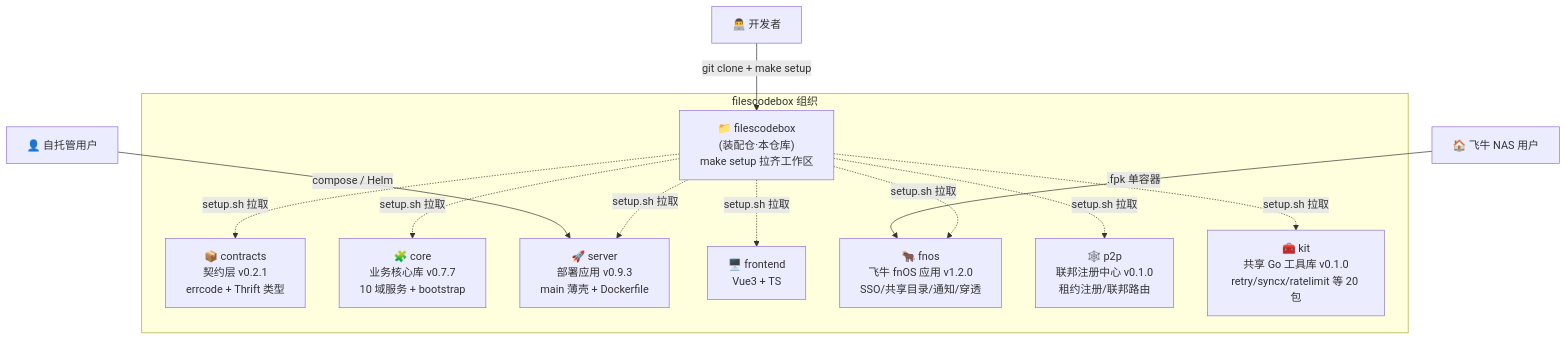
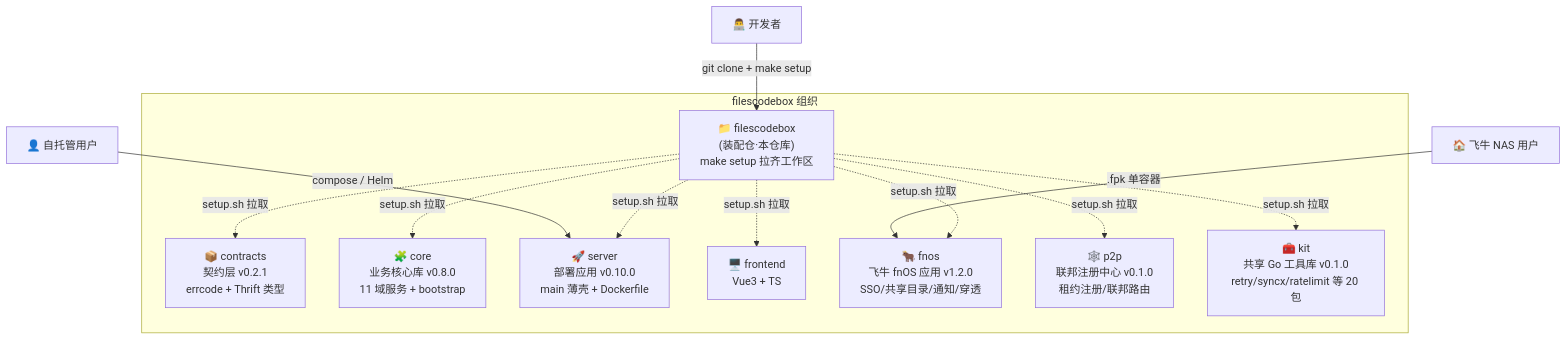
The first of 8 diagrams in docs/architecture.md (filescodebox/FilesCodeBox), drawn with Mermaid before and after one commit. The commit also changed other lines of this file and 8 other files, not shown here.

````diff
--- a/docs/architecture.md
+++ b/docs/architecture.md
@@ -10,19 +10,19 @@
 ```mermaid
 graph TB
     subgraph ORG["filescodebox 组织"]
         UMB["📁 filescodebox<br/>(装配仓·本仓库)<br/>make setup 拉齐工作区"]
         CT["📦 contracts<br/>契约层 v0.2.1<br/>errcode + Thrift 类型"]
-        CORE["🧩 core<br/>业务核心库 v0.7.7<br/>10 域服务 + bootstrap"]
-        SRV["🚀 server<br/>部署应用 v0.9.3<br/>main 薄壳 + Dockerfile"]
+        CORE["🧩 core<br/>业务核心库 v0.8.0<br/>11 域服务 + bootstrap"]
+        SRV["🚀 server<br/>部署应用 v0.10.0<br/>main 薄壳 + Dockerfile"]
         FE["🖥️ frontend<br/>Vue3 + TS"]
         FNOS["🐂 fnos<br/>飞牛 fnOS 应用 v1.2.0<br/>SSO/共享目录/通知/穿透"]
         P2P["🕸️ p2p<br/>联邦注册中心 v0.1.0<br/>租约注册/联邦路由"]
         KIT["🧰 kit<br/>共享 Go 工具库 v0.1.0<br/>retry/syncx/ratelimit 等 20 包"]
     end
 
     USER["👤 自托管用户"] -->|"compose / Helm"| SRV
     NAS["🏠 飞牛 NAS 用户"] -->|".fpk 单容器"| FNOS
     DEV["👨‍💻 开发者"] -->|"git clone + make setup"| UMB
 
     UMB -.->|"setup.sh 拉取"| CT & CORE & SRV & FE & FNOS & P2P & KIT
 ```
````
